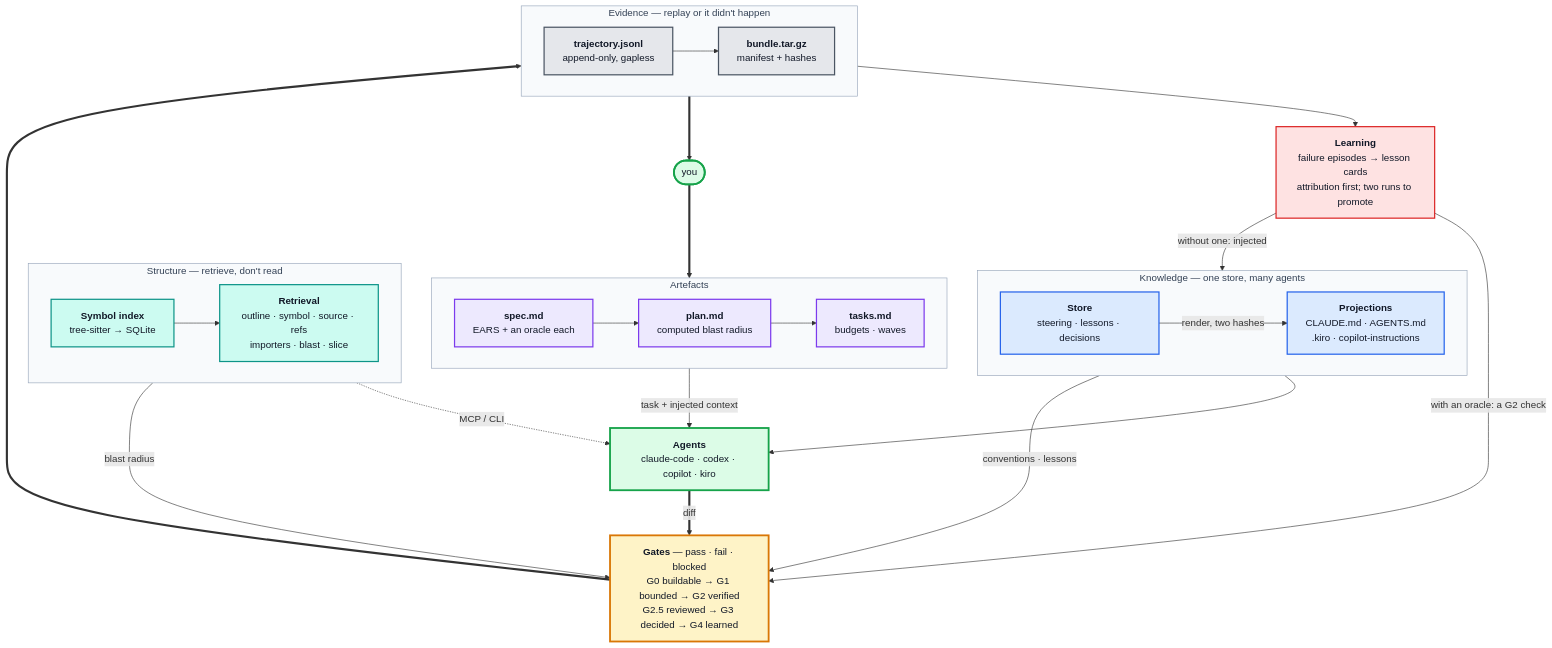
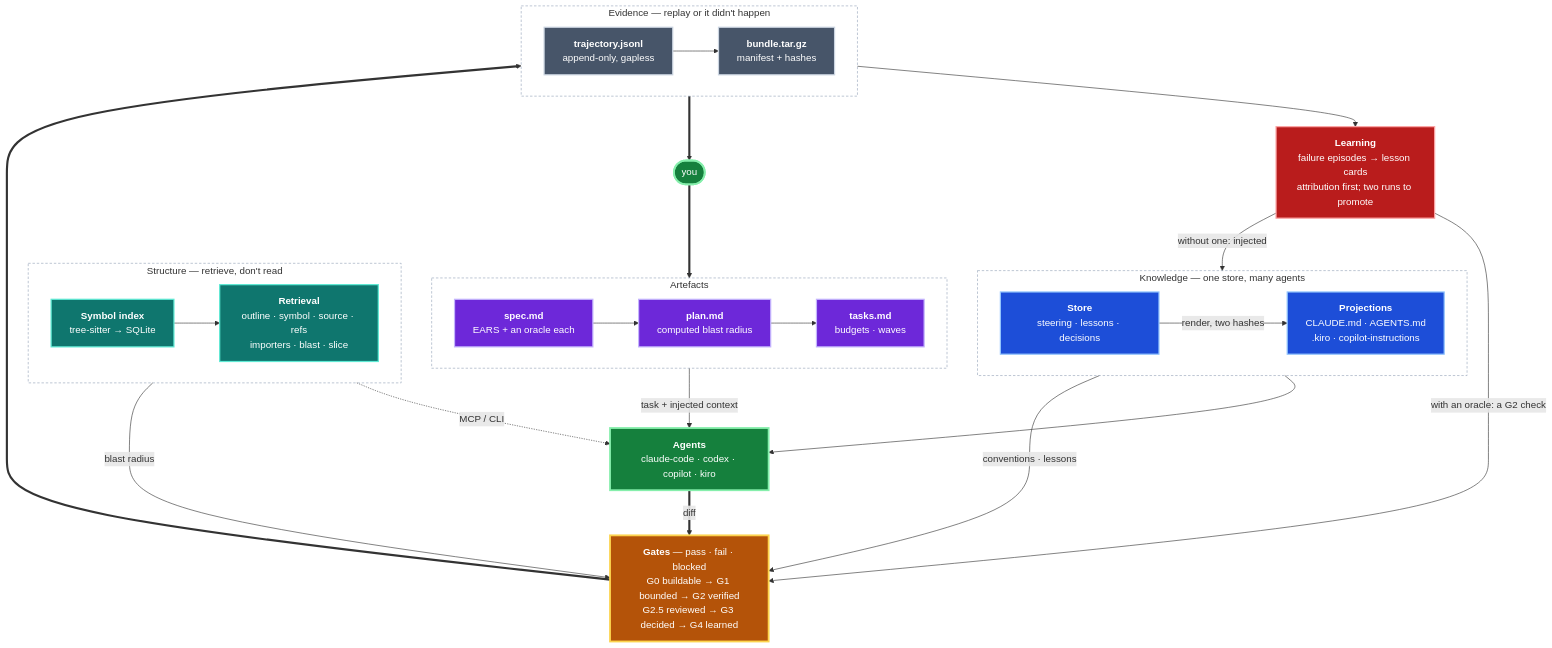
One commit to daneb/keel changed the first of 2 diagrams in README.md. Above: the diagram before and after it, drawn with Mermaid. The commit also changed other lines of this file, not shown here.

Commit message:
Diagrams that survive both GitHub themes
The architecture diagram painted its subgraphs #f8fafc and the sequence
diagram pinned theme:base with signalTextColor #111827. Both are choices that
are correct in exactly one theme: on a dark page the subgraphs became white
slabs and the sequence messages were near-black text on near-black ground.

The rule now is that text sitting on an opaque fill we control may have a
fixed colour, because its contrast is against that fill and no page theme can
touch it -- so nodes keep deep fills with white labels. Text sitting on the
page background gets no colour at all, and inherits whichever theme GitHub
picked. That means dropping the sequence diagram's init block entirely and
giving the subgraphs a stroke with no fill.

Rendered both at -t default and -t dark and read them before committing.

````diff
--- a/README.md
+++ b/README.md
@@ -33,73 +33,76 @@
 ```mermaid
 flowchart TB
     You(["you"])
 
     subgraph KN["Knowledge — one store, many agents"]
         direction LR
         Store["<b>Store</b><br/>steering · lessons · decisions"]
         Proj["<b>Projections</b><br/>CLAUDE.md · AGENTS.md<br/>.kiro · copilot-instructions"]
         Store -->|"render, two hashes"| Proj
     end
 
     subgraph ST["Structure — retrieve, don't read"]
         direction LR
         Index["<b>Symbol index</b><br/>tree-sitter → SQLite"]
         Retr["<b>Retrieval</b><br/>outline · symbol · source · refs<br/>importers · blast · slice"]
         Index --> Retr
     end
 
     subgraph AR["Artefacts"]
         direction LR
         Spec["<b>spec.md</b><br/>EARS + an oracle each"]
         Plan["<b>plan.md</b><br/>computed blast radius"]
         Tasks["<b>tasks.md</b><br/>budgets · waves"]
         Spec --> Plan --> Tasks
     end
 
     Agents["<b>Agents</b><br/>claude-code · codex · copilot · kiro"]
-
     Gates["<b>Gates</b> — pass · fail · blocked<br/>G0 buildable → G1 bounded → G2 verified<br/>G2.5 reviewed → G3 decided → G4 learned"]
 
     subgraph EV["Evidence — replay or it didn't happen"]
         direction LR
         Traj["<b>trajectory.jsonl</b><br/>append-only, gapless"]
         Bundle["<b>bundle.tar.gz</b><br/>manifest + hashes"]
         Traj --> Bundle
     end
 
     Learn["<b>Learning</b><br/>failure episodes → lesson cards<br/>attribution first; two runs to promote"]
 
     You ==> Spec
     Tasks -->|"task + injected context"| Agents
     Proj --> Agents
     Retr -. "MCP / CLI" .-> Agents
     Agents ==>|"diff"| Gates
     Retr -->|"blast radius"| Gates
     Store -->|"conventions · lessons"| Gates
     Gates ==> Traj
     Traj --> Learn
     Learn -->|"with an oracle: a G2 check"| Gates
     Learn -->|"without one: injected"| Store
     Bundle ==> You
 
-    classDef know fill:#dbeafe,stroke:#2563eb,stroke-width:2px,color:#111827
-    classDef struc fill:#ccfbf1,stroke:#0d9488,stroke-width:2px,color:#111827
-    classDef arte fill:#ede9fe,stroke:#7c3aed,stroke-width:2px,color:#111827
-    classDef gate fill:#fef3c7,stroke:#d97706,stroke-width:3px,color:#111827
-    classDef evid fill:#e5e7eb,stroke:#4b5563,stroke-width:2px,color:#111827
-    classDef learn fill:#fee2e2,stroke:#dc2626,stroke-width:2px,color:#111827
-    classDef ext fill:#dcfce7,stroke:#16a34a,stroke-width:3px,color:#111827
+    %% Deep, opaque fills with white text: legibility comes from the contrast
+    %% between text and its own fill, which no page theme can change.
+    classDef know  fill:#1d4ed8,stroke:#93c5fd,stroke-width:2px,color:#ffffff
+    classDef struc fill:#0f766e,stroke:#5eead4,stroke-width:2px,color:#ffffff
+    classDef arte  fill:#6d28d9,stroke:#c4b5fd,stroke-width:2px,color:#ffffff
+    classDef gate  fill:#b45309,stroke:#fcd34d,stroke-width:3px,color:#ffffff
+    classDef evid  fill:#475569,stroke:#cbd5e1,stroke-width:2px,color:#ffffff
+    classDef learn fill:#b91c1c,stroke:#fca5a5,stroke-width:2px,color:#ffffff
+    classDef ext   fill:#15803d,stroke:#86efac,stroke-width:3px,color:#ffffff
 
     class Store,Proj know
     class Index,Retr struc
     class Spec,Plan,Tasks arte
     class Gates gate
     class Traj,Bundle evid
     class Learn learn
     class You,Agents ext
 
-    style KN fill:#f8fafc,stroke:#94a3b8,color:#334155
-    style ST fill:#f8fafc,stroke:#94a3b8,color:#334155
-    style AR fill:#f8fafc,stroke:#94a3b8,color:#334155
-    style EV fill:#f8fafc,stroke:#94a3b8,color:#334155
+    %% Subgraphs: stroke only. A fill here would be a page-coloured block that
+    %% is right in exactly one theme.
+    style KN fill:transparent,stroke:#94a3b8,stroke-dasharray:4 3
+    style ST fill:transparent,stroke:#94a3b8,stroke-dasharray:4 3
+    style AR fill:transparent,stroke:#94a3b8,stroke-dasharray:4 3
+    style EV fill:transparent,stroke:#94a3b8,stroke-dasharray:4 3
 ```
````
